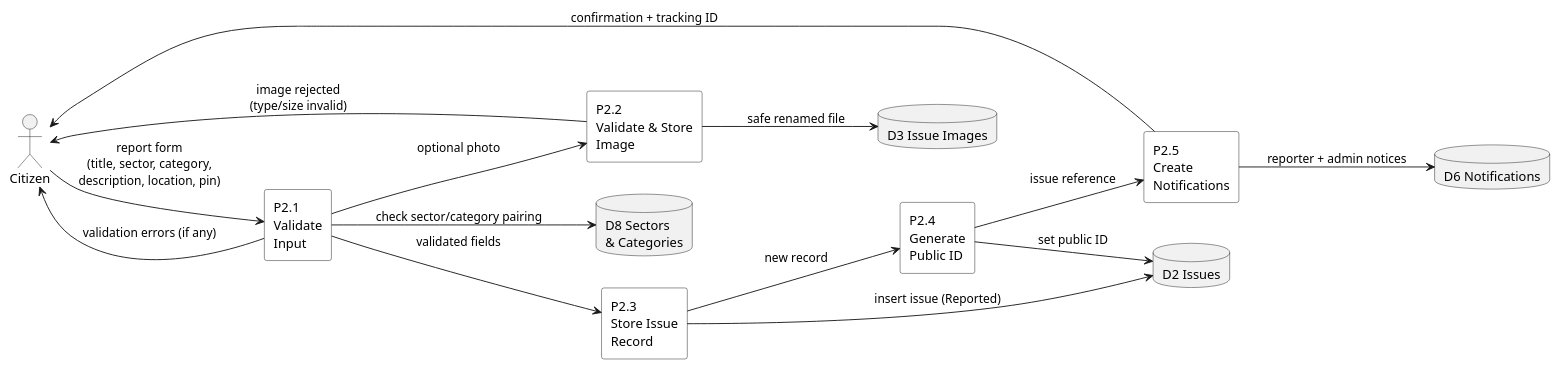
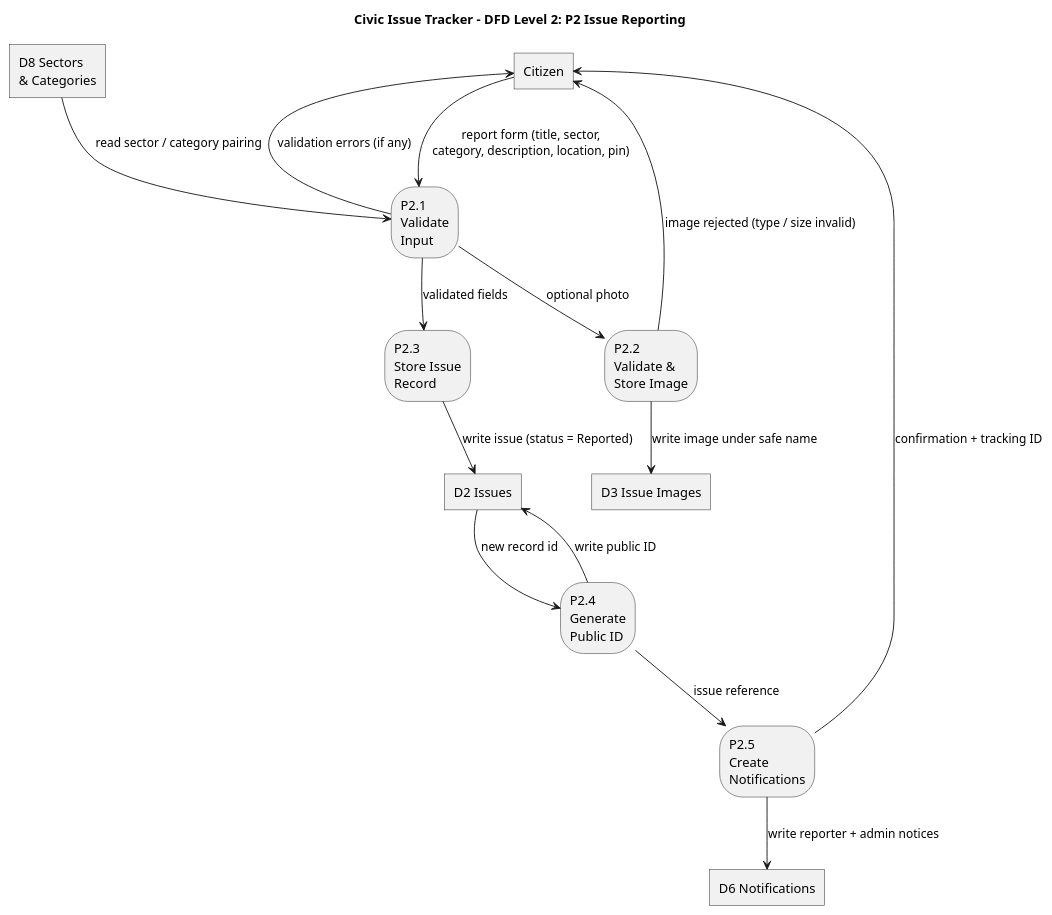
Before and after one commit to manojkumaranna07-svg/civic-issue-tracker: the diagram in docs/diagrams/dfd-level-2.puml, drawn with PlantUML. The commit also changed 18 other files, not shown here.

Commit message:
Diagram corrections: DFD notation (rectangular entities, rounded processes, read/write flow directions), use-case extend directions, activity validation loop + admin resolution review, titles on all diagrams, class-diagram role note

```diff
--- a/docs/diagrams/dfd-level-2.puml
+++ b/docs/diagrams/dfd-level-2.puml
@@ -1,31 +1,39 @@
-@startuml "Civic Issue Tracker - DFD Level 2: P2 Issue Reporting"
+@startuml
 skinparam monochrome true
 skinparam shadowing false
-left to right direction
+skinparam rectangle {
+  roundCorner 0
+}
+hide <<process>> stereotype
+skinparam rectangle<<process>> {
+  roundCorner 50
+}
+title Civic Issue Tracker - DFD Level 2: P2 Issue Reporting
 
-actor Citizen
-rectangle "P2.1\nValidate\nInput" as P21 #white
-rectangle "P2.2\nValidate & Store\nImage" as P22 #white
-rectangle "P2.3\nStore Issue\nRecord" as P23 #white
-rectangle "P2.4\nGenerate\nPublic ID" as P24 #white
-rectangle "P2.5\nCreate\nNotifications" as P25 #white
+rectangle Citizen as E1
 
-database "D2 Issues" as D2
-database "D3 Issue Images" as D3
-database "D6 Notifications" as D6
-database "D8 Sectors\n& Categories" as D8
+rectangle "P2.1\nValidate\nInput" as P21 <<process>>
+rectangle "P2.2\nValidate &\nStore Image" as P22 <<process>>
+rectangle "P2.3\nStore Issue\nRecord" as P23 <<process>>
+rectangle "P2.4\nGenerate\nPublic ID" as P24 <<process>>
+rectangle "P2.5\nCreate\nNotifications" as P25 <<process>>
 
-Citizen --> P21 : report form\n(title, sector, category,\ndescription, location, pin)
-P21 --> D8 : check sector/category pairing
-P21 --> Citizen : validation errors (if any)
+rectangle "D2 Issues" as D2
+rectangle "D3 Issue Images" as D3
+rectangle "D6 Notifications" as D6
+rectangle "D8 Sectors\n& Categories" as D8
+
+E1 --> P21 : report form (title, sector,\ncategory, description, location, pin)
+D8 --> P21 : read sector / category pairing
+P21 --> E1 : validation errors (if any)
 P21 --> P22 : optional photo
-P22 --> Citizen : image rejected\n(type/size invalid)
-P22 --> D3 : safe renamed file
+P22 --> E1 : image rejected (type / size invalid)
+P22 --> D3 : write image under safe name
 P21 --> P23 : validated fields
-P23 --> D2 : insert issue (Reported)
-P23 --> P24 : new record
-P24 --> D2 : set public ID
+P23 --> D2 : write issue (status = Reported)
+D2 --> P24 : new record id
+P24 --> D2 : write public ID
 P24 --> P25 : issue reference
-P25 --> D6 : reporter + admin notices
-P25 --> Citizen : confirmation + tracking ID
+P25 --> D6 : write reporter + admin notices
+P25 --> E1 : confirmation + tracking ID
 @enduml
```
